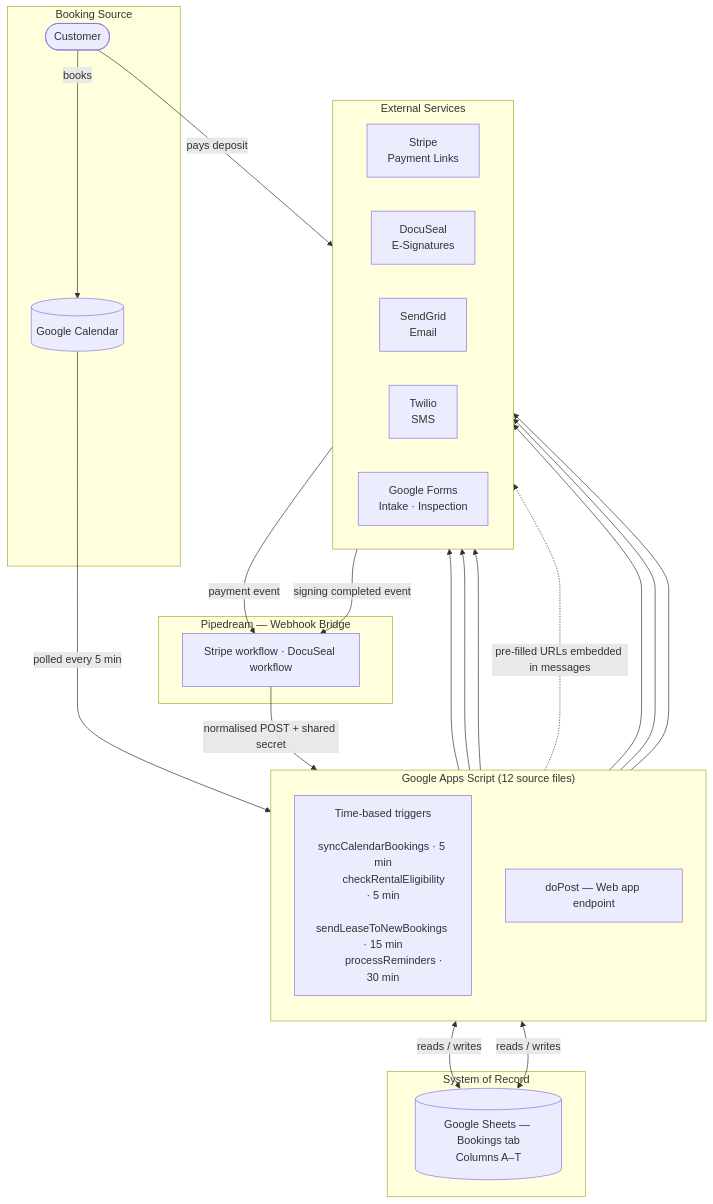
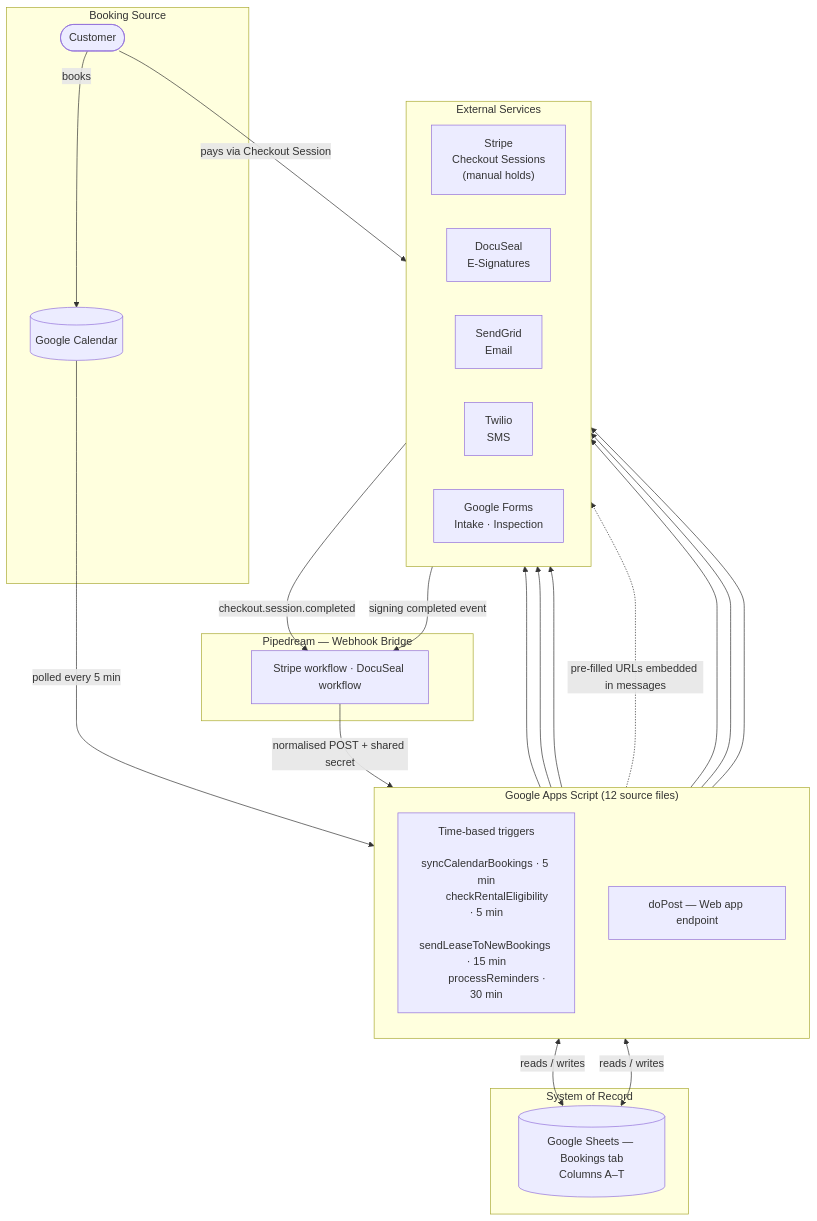
One commit to SolomonBell/vehicle-script changed the second of 2 diagrams in README.md. Above: the diagram before and after it, drawn with Mermaid. The commit also changed other lines of this file and 7 other files, not shown here.

````diff
--- a/README.md
+++ b/README.md
@@ -306,52 +317,52 @@
 ```mermaid
 graph TB
     subgraph Source["Booking Source"]
         CUST([Customer])
         GCAL[(Google Calendar)]
     end
 
     subgraph GAS["Google Apps Script (12 source files)"]
         direction TB
         TRIGGERS["Time-based triggers
         syncCalendarBookings · 5 min
         checkRentalEligibility · 5 min
         sendLeaseToNewBookings · 15 min
         processReminders · 30 min"]
         DOPOST["doPost — Web app endpoint"]
     end
 
     subgraph RECORD["System of Record"]
         SHEETS[(Google Sheets — Bookings tab\nColumns A–T)]
     end
 
     subgraph BRIDGE["Pipedream — Webhook Bridge"]
         PD["Stripe workflow · DocuSeal workflow"]
     end
 
     subgraph SERVICES["External Services"]
         direction LR
-        STRIPE["Stripe\nPayment Links"]
+        STRIPE["Stripe\nCheckout Sessions\n(manual holds)"]
         DOCUSEAL["DocuSeal\nE-Signatures"]
         SENDGRID["SendGrid\nEmail"]
         TWILIO["Twilio\nSMS"]
         FORMS["Google Forms\nIntake · Inspection"]
     end
 
     CUST -->|books| GCAL
     GCAL -->|polled every 5 min| TRIGGERS
     TRIGGERS <-->|reads / writes| SHEETS
     TRIGGERS --> SENDGRID
     TRIGGERS --> TWILIO
     TRIGGERS --> DOCUSEAL
     TRIGGERS -.->|pre-filled URLs embedded in messages| FORMS
 
-    CUST -->|pays deposit| STRIPE
-    STRIPE -->|payment event| PD
+    CUST -->|pays via Checkout Session| STRIPE
+    STRIPE -->|checkout.session.completed| PD
     DOCUSEAL -->|signing completed event| PD
     PD -->|normalised POST + shared secret| DOPOST
 
     DOPOST <-->|reads / writes| SHEETS
     DOPOST --> SENDGRID
     DOPOST --> TWILIO
     DOPOST --> DOCUSEAL
 ```
````
